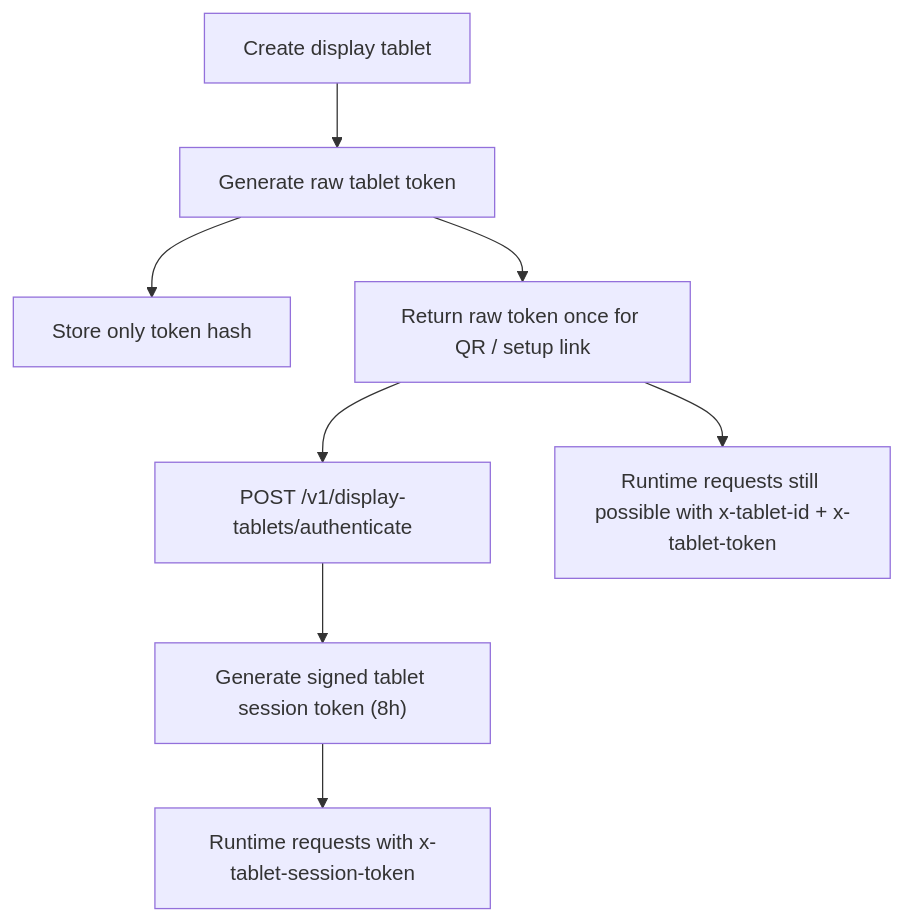
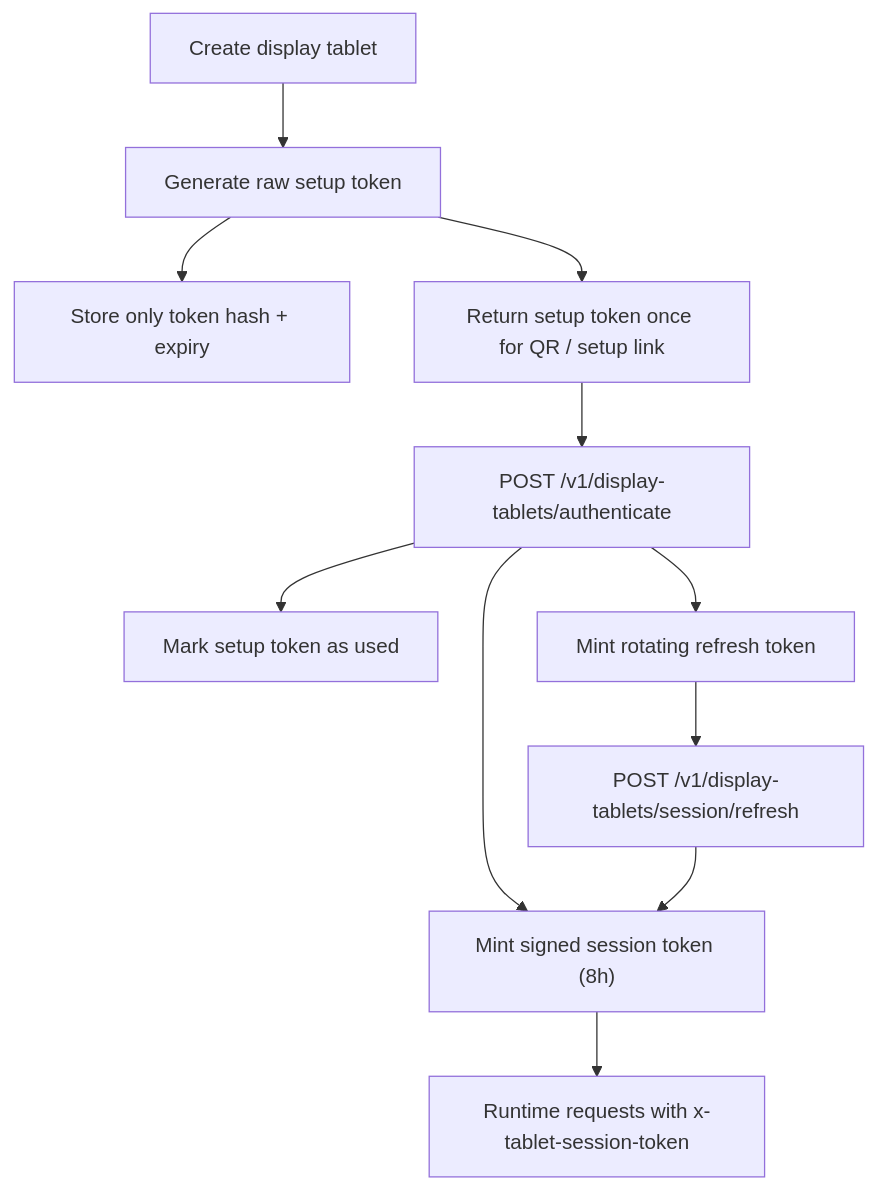
Before and after one commit to bencohensolal/seniorhub: the fourth of 6 diagrams in ARCHITECTURE.md, drawn with Mermaid. The commit also changed other lines of this file and 9 other files, not shown here.

First line of the commit message:
feat(tablet-auth): introduce one-shot setup tokens

````diff
--- a/ARCHITECTURE.md
+++ b/ARCHITECTURE.md
@@ -261,10 +268,13 @@
 ```mermaid
 flowchart TD
-  Create["Create display tablet"] --> Secret["Generate raw tablet token"]
-  Secret --> Hash["Store only token hash"]
-  Secret --> QR["Return raw token once for QR / setup link"]
+  Create["Create display tablet"] --> Setup["Generate raw setup token"]
+  Setup --> Hash["Store only token hash + expiry"]
+  Setup --> QR["Return setup token once for QR / setup link"]
   QR --> Auth["POST /v1/display-tablets/authenticate"]
-  Auth --> Session["Generate signed tablet session token (8h)"]
-  Session --> Runtime1["Runtime requests with x-tablet-session-token"]
-  QR --> Runtime2["Runtime requests still possible with x-tablet-id + x-tablet-token"]
+  Auth --> Consume["Mark setup token as used"]
+  Auth --> Refresh["Mint rotating refresh token"]
+  Auth --> Session["Mint signed session token (8h)"]
+  Session --> Runtime["Runtime requests with x-tablet-session-token"]
+  Refresh --> Renew["POST /v1/display-tablets/session/refresh"]
+  Renew --> Session
 ```
````
